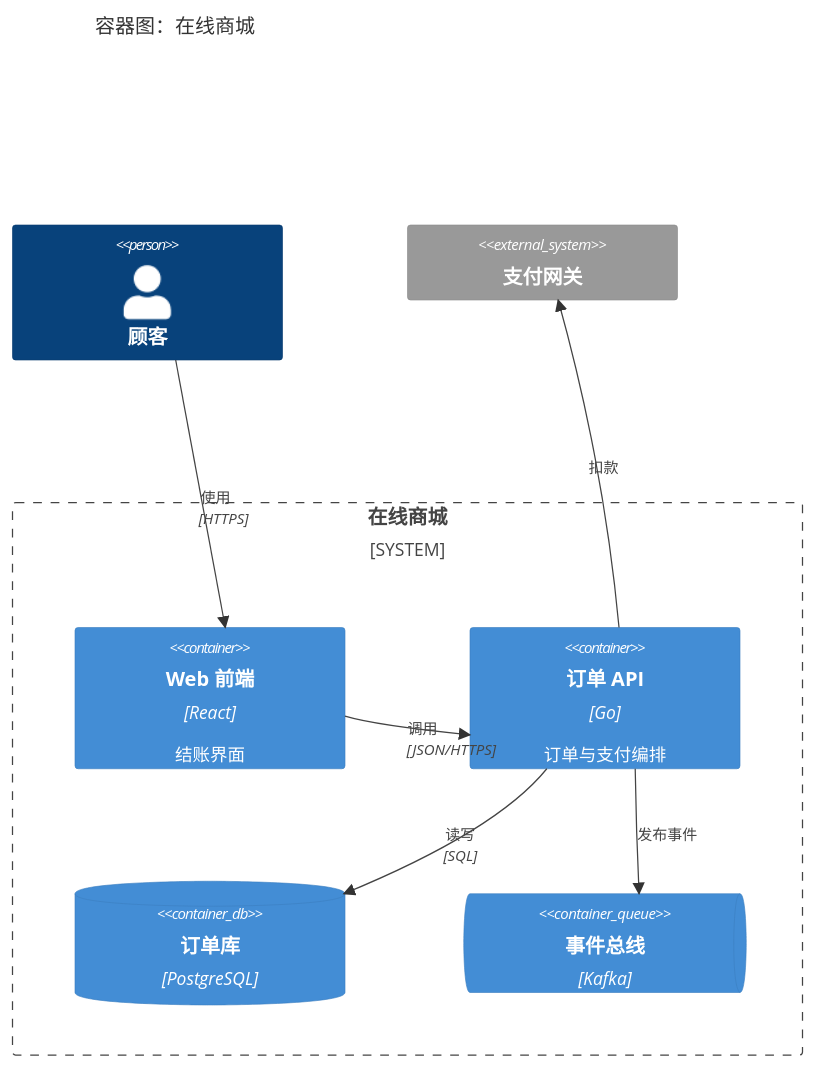
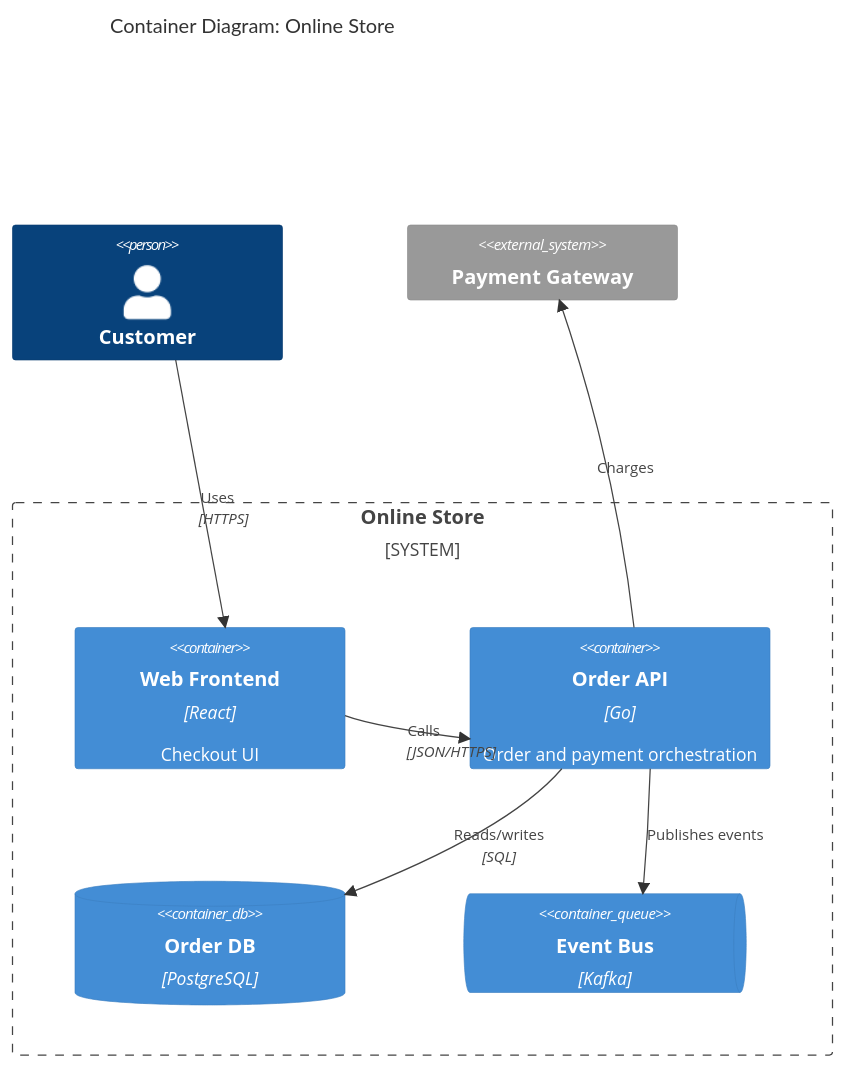
The diagram in diagrams/c4-container.mmd (hanxiaomax/tweakpele), drawn with Mermaid before and after one commit. The commit also changed 46 other files, not shown here.

```diff
--- a/diagrams/c4-container.mmd
+++ b/diagrams/c4-container.mmd
@@ -1,15 +1,15 @@
 C4Container
-  title 容器图：在线商城
-  Person(customer, "顾客")
-  System_Boundary(shop, "在线商城") {
-    Container(web, "Web 前端", "React", "结账界面")
-    Container(api, "订单 API", "Go", "订单与支付编排")
-    ContainerDb(db, "订单库", "PostgreSQL")
-    ContainerQueue(bus, "事件总线", "Kafka")
+  title Container Diagram: Online Store
+  Person(customer, "Customer")
+  System_Boundary(shop, "Online Store") {
+    Container(web, "Web Frontend", "React", "Checkout UI")
+    Container(api, "Order API", "Go", "Order and payment orchestration")
+    ContainerDb(db, "Order DB", "PostgreSQL")
+    ContainerQueue(bus, "Event Bus", "Kafka")
   }
-  System_Ext(bank, "支付网关")
-  Rel(customer, web, "使用", "HTTPS")
-  Rel(web, api, "调用", "JSON/HTTPS")
-  Rel(api, db, "读写", "SQL")
-  Rel(api, bus, "发布事件")
-  Rel(api, bank, "扣款")
+  System_Ext(bank, "Payment Gateway")
+  Rel(customer, web, "Uses", "HTTPS")
+  Rel(web, api, "Calls", "JSON/HTTPS")
+  Rel(api, db, "Reads/writes", "SQL")
+  Rel(api, bus, "Publishes events")
+  Rel(api, bank, "Charges")
```
